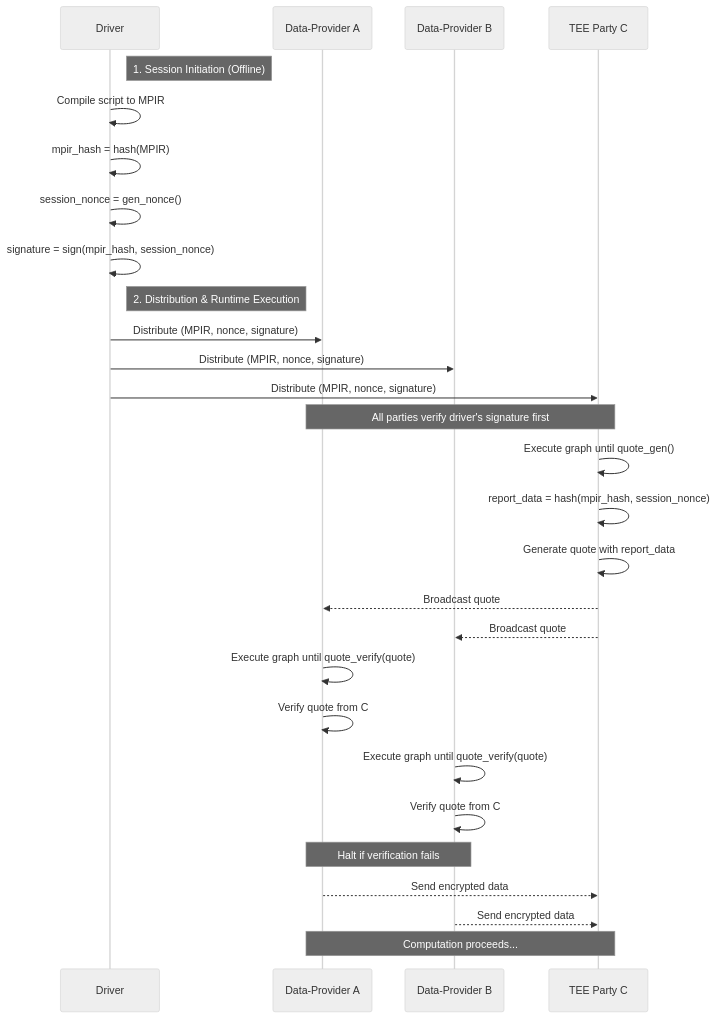
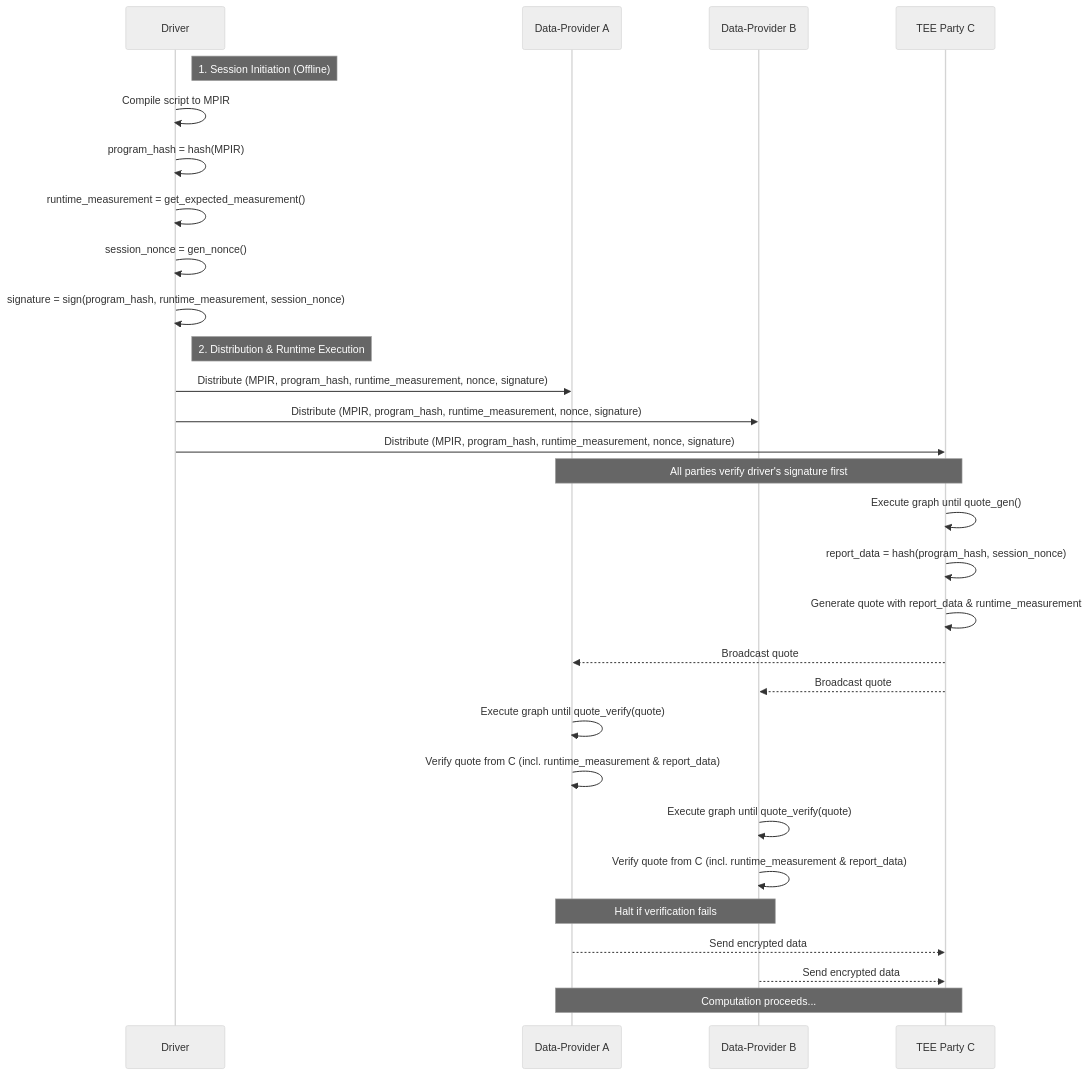
One commit to secretflow/mplang changed the diagram in mplang/frontend/tee.md. Above: the diagram before and after it, drawn with Mermaid (neutral theme). The commit also changed other lines of this file, not shown here.

Commit message:
fix pr comments

````diff
--- a/mplang/frontend/tee.md
+++ b/mplang/frontend/tee.md
@@ -74,39 +73,40 @@
 ```mermaid
 sequenceDiagram
     participant Driver
     participant A as Data-Provider A
     participant B as Data-Provider B
     participant C as TEE Party C
 
     note right of Driver: 1. Session Initiation (Offline)
     Driver->>Driver: Compile script to MPIR
-    Driver->>Driver: mpir_hash = hash(MPIR)
+    Driver->>Driver: program_hash = hash(MPIR)
+    Driver->>Driver: runtime_measurement = get_expected_measurement()
     Driver->>Driver: session_nonce = gen_nonce()
-    Driver->>Driver: signature = sign(mpir_hash, session_nonce)
+    Driver->>Driver: signature = sign(program_hash, runtime_measurement, session_nonce)
 
     note right of Driver: 2. Distribution & Runtime Execution
-    Driver->>A: Distribute (MPIR, nonce, signature)
-    Driver->>B: Distribute (MPIR, nonce, signature)
-    Driver->>C: Distribute (MPIR, nonce, signature)
+    Driver->>A: Distribute (MPIR, program_hash, runtime_measurement, nonce, signature)
+    Driver->>B: Distribute (MPIR, program_hash, runtime_measurement, nonce, signature)
+    Driver->>C: Distribute (MPIR, program_hash, runtime_measurement, nonce, signature)
 
     note over A, C: All parties verify driver's signature first
 
     C->>C: Execute graph until quote_gen()
-    C->>C: report_data = hash(mpir_hash, session_nonce)
-    C->>C: Generate quote with report_data
+    C->>C: report_data = hash(program_hash, session_nonce)
+    C->>C: Generate quote with report_data & runtime_measurement
 
     C-->>A: Broadcast quote
     C-->>B: Broadcast quote
 
     A->>A: Execute graph until quote_verify(quote)
-    A->>A: Verify quote from C
+    A->>A: Verify quote from C (incl. runtime_measurement & report_data)
     B->>B: Execute graph until quote_verify(quote)
-    B->>B: Verify quote from C
+    B->>B: Verify quote from C (incl. runtime_measurement & report_data)
 
     note over A, B: Halt if verification fails
 
     A-->>C: Send encrypted data
     B-->>C: Send encrypted data
 
     note over A, C: Computation proceeds...
 ```
````
